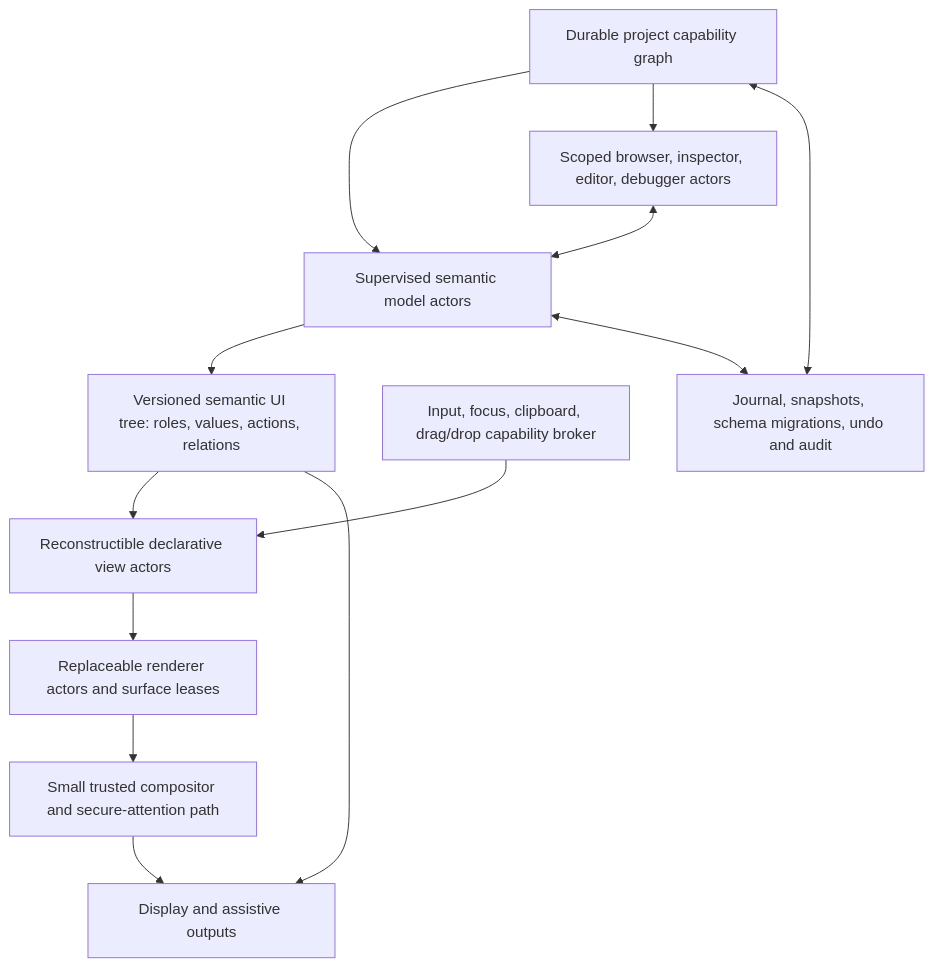
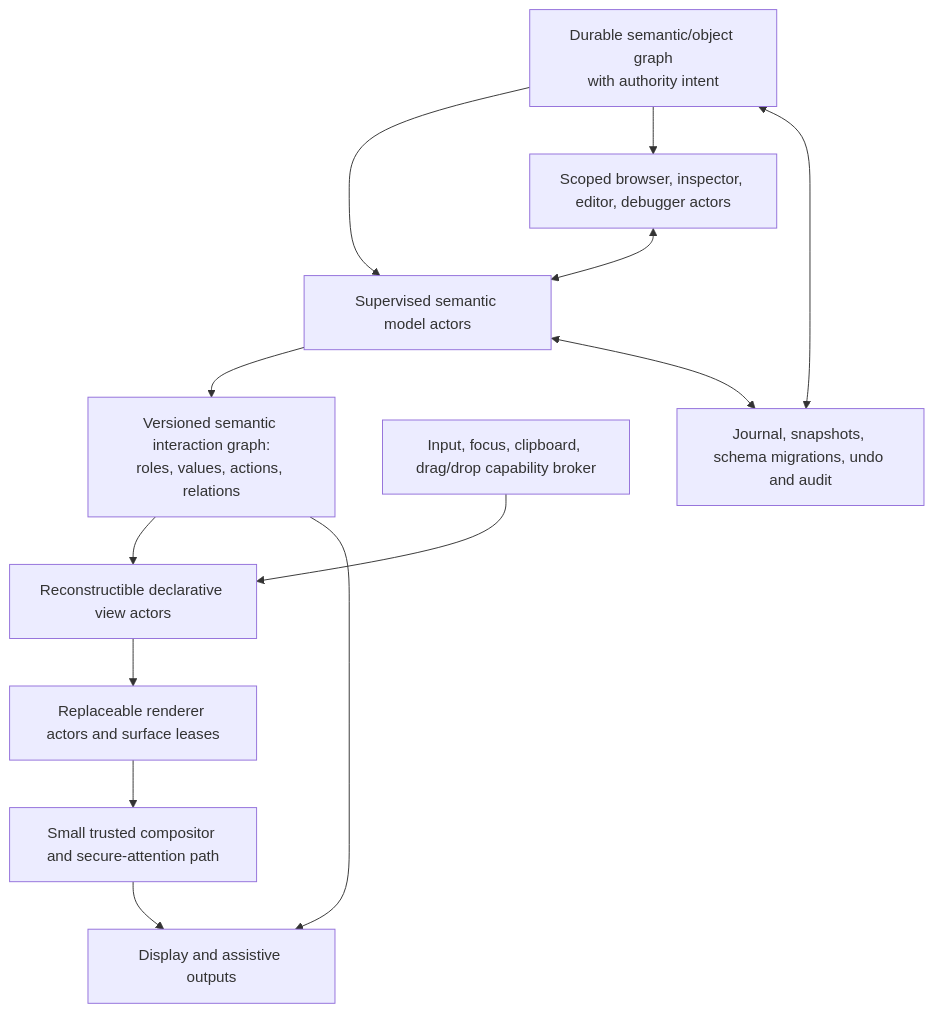
Before and after one commit to pcharbon70/atom-os-research: the fifth of 6 diagrams in 20-notes/alan-kay-smalltalk-visual-interface-and-modern-desktop.md, drawn with Mermaid. The commit also changed other lines of this file and 92 other files, not shown here.

````diff
--- a/20-notes/alan-kay-smalltalk-visual-interface-and-modern-desktop.md
+++ b/20-notes/alan-kay-smalltalk-visual-interface-and-modern-desktop.md
@@ -658,26 +660,26 @@
 ```mermaid
 flowchart TB
-    Project["Durable project capability graph"]
+    Project["Durable semantic/object graph<br/>with authority intent"]
     Models["Supervised semantic model actors"]
     Tools["Scoped browser, inspector, editor, debugger actors"]
-    Semantics["Versioned semantic UI tree: roles, values, actions, relations"]
+    Semantics["Versioned semantic interaction graph:<br/>roles, values, actions, relations"]
     Views["Reconstructible declarative view actors"]
     Renderers["Replaceable renderer actors and surface leases"]
     Broker["Input, focus, clipboard, drag/drop capability broker"]
     Compositor["Small trusted compositor and secure-attention path"]
     Display["Display and assistive outputs"]
     History["Journal, snapshots, schema migrations, undo and audit"]
 
     Project --> Models
     Project --> Tools
     Models --> Semantics
     Tools <--> Models
     Semantics --> Views
     Views --> Renderers
     Broker --> Views
     Renderers --> Compositor
     Compositor --> Display
     Semantics --> Display
     Project <--> History
     Models <--> History
 ```
````
